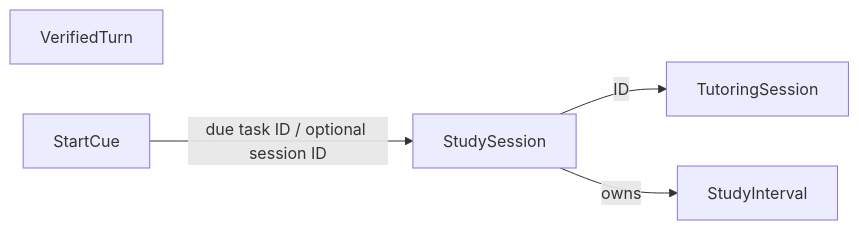
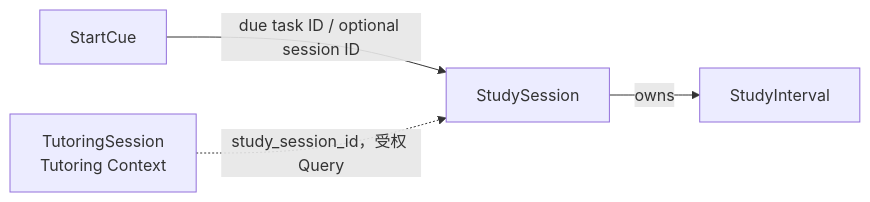
One commit to johanchow/duxue changed the first of 5 diagrams in docs/technical/domain-study.md. Above: the diagram before and after it, drawn with Mermaid. The commit also changed other lines of this file and 11 other files, not shown here.

Commit message:
docs: 拆分 Study 与 Tutoring 为两个 Domain

````diff
--- a/docs/technical/domain-study.md
+++ b/docs/technical/domain-study.md
@@ -116,11 +46,10 @@
 ```mermaid
 flowchart LR
     SS[StudySession]
     IV[StudyInterval]
-    TS[TutoringSession]
-    VT[VerifiedTurn]
     SC[StartCue]
-    SS -->|ID| TS
+    TS[TutoringSession<br/>Tutoring Context]
     SS -->|owns| IV
     SC -->|due task ID / optional session ID| SS
+    TS -.->|study_session_id，受权 Query| SS
 ```
````
